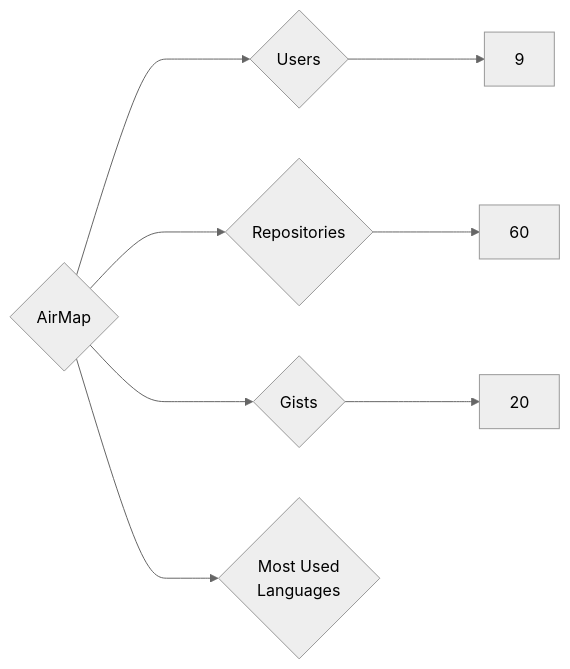
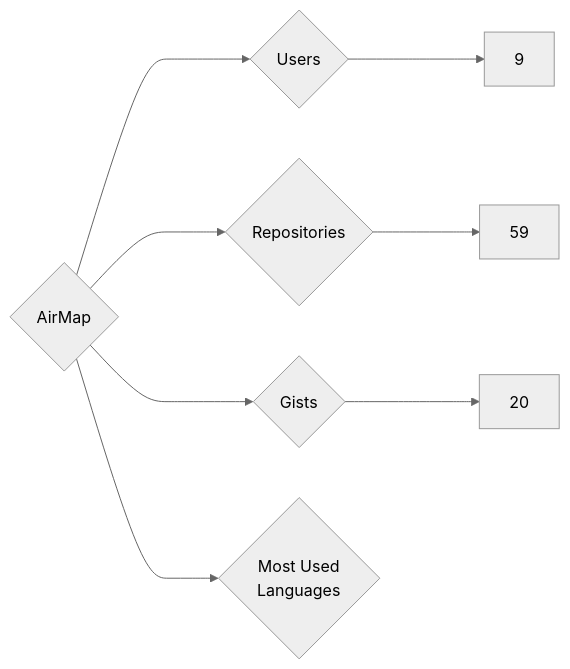
One commit to nenadzaric/insiders changed the diagram in targets/AirMap/README.md. Above: the diagram before and after it, drawn with Mermaid (neutral theme). The commit also changed 6 other files, not shown here.

````diff
--- a/targets/AirMap/README.md
+++ b/targets/AirMap/README.md
@@ -3,8 +3,8 @@
 ```mermaid
 graph LR
 COMPANY_NAME{AirMap}
 COMPANY_NAME ---> U{Users} ---> UN[9]
-COMPANY_NAME ---> R{Repositories} ---> RN[60]
+COMPANY_NAME ---> R{Repositories} ---> RN[59]
 COMPANY_NAME ---> G{Gists} ---> GN[20]
 COMPANY_NAME ---> ML{Most Used<br>Languages}
 ```
````
